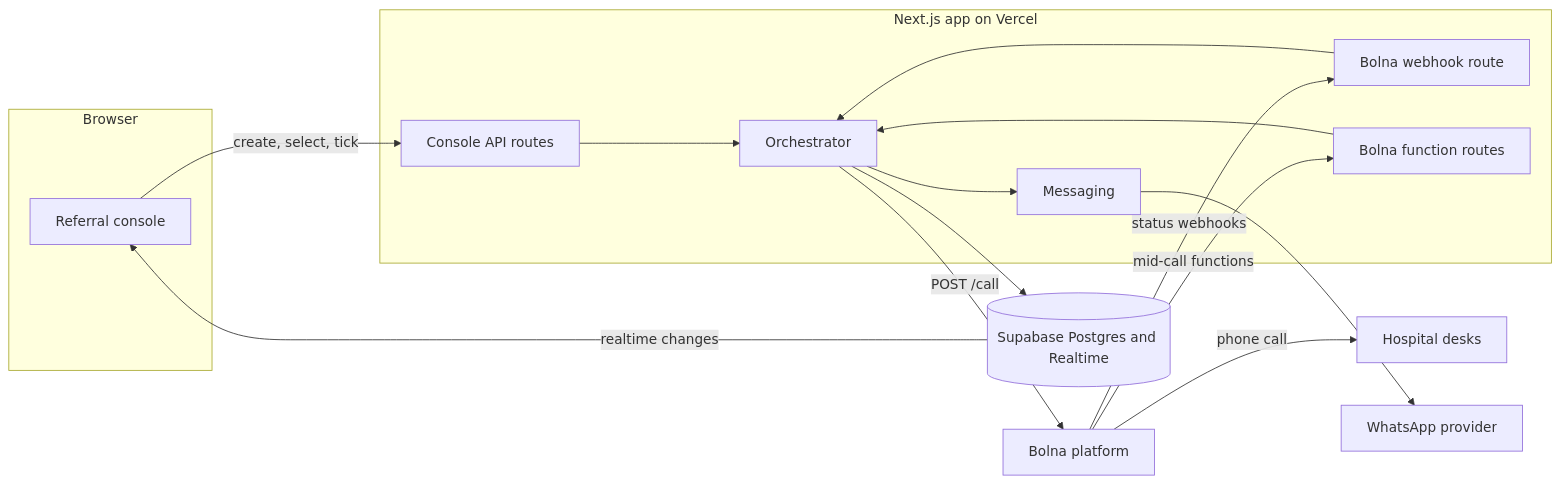
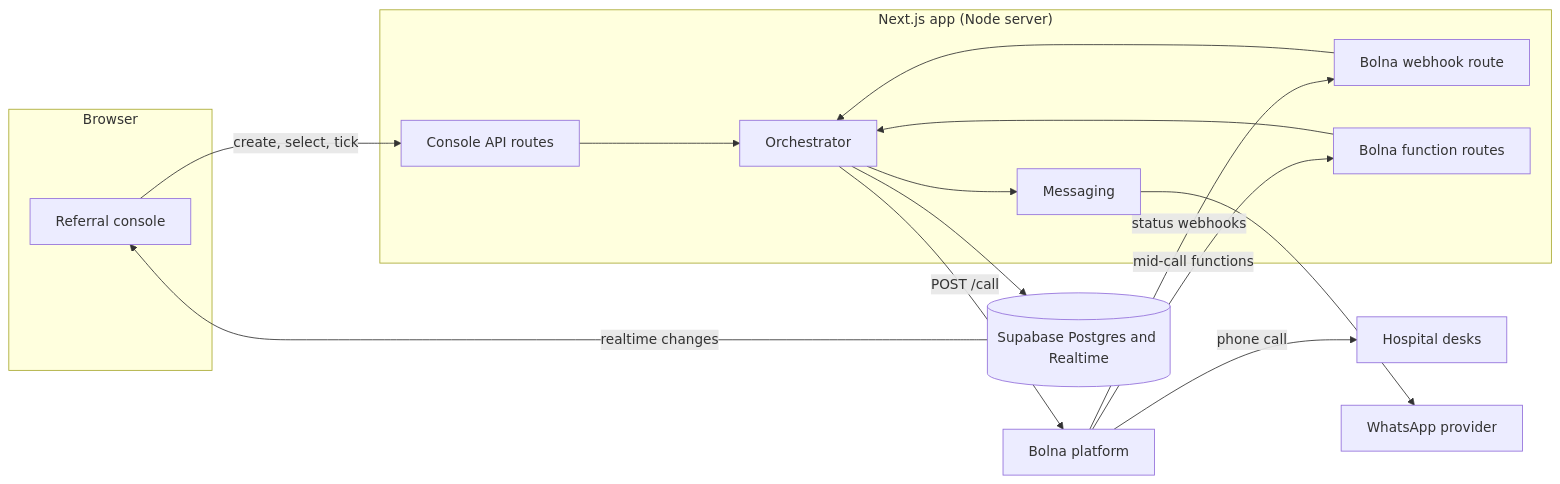
One commit to devansh7439/Haazir changed the first of 6 diagrams in docs/02-architecture.md. Above: the diagram before and after it, drawn with Mermaid. The commit also changed other lines of this file and 11 other files, not shown here.

````diff
--- a/docs/02-architecture.md
+++ b/docs/02-architecture.md
@@ -26,30 +26,30 @@
 ```mermaid
 flowchart LR
   subgraph Browser
     UI[Referral console]
   end
-  subgraph App["Next.js app on Vercel"]
+  subgraph App["Next.js app (Node server)"]
     API[Console API routes]
     ORCH[Orchestrator]
     HOOK[Bolna webhook route]
     FN[Bolna function routes]
     MSG[Messaging]
   end
   DB[(Supabase Postgres and Realtime)]
   BOLNA[Bolna platform]
   DESK[Hospital desks]
   WA[WhatsApp provider]
 
   UI -- "create, select, tick" --> API
   API --> ORCH
   ORCH -- "POST /call" --> BOLNA
   BOLNA -- "phone call" --> DESK
   BOLNA -- "status webhooks" --> HOOK
   BOLNA -- "mid-call functions" --> FN
   HOOK --> ORCH
   FN --> ORCH
   ORCH --> DB
   ORCH --> MSG
   MSG --> WA
   DB -- "realtime changes" --> UI
 ```
````
